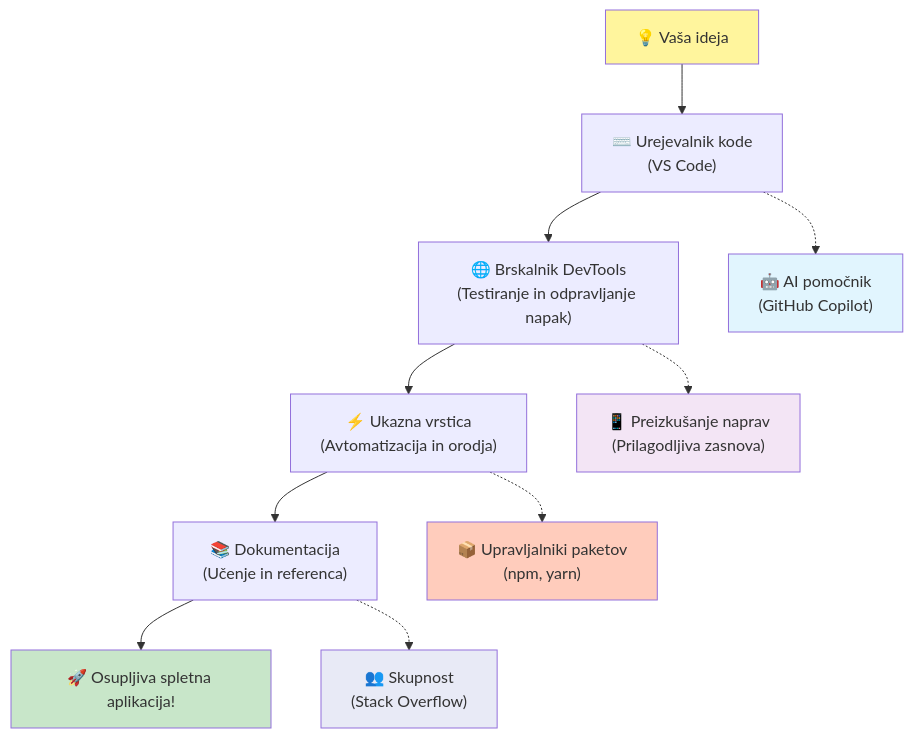
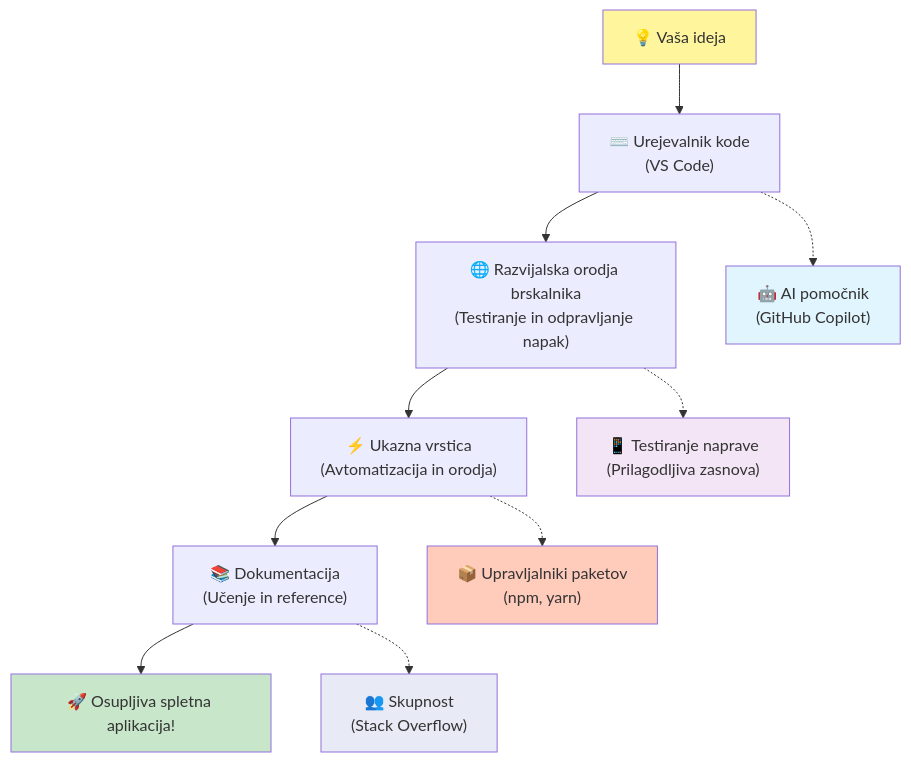
The fifth of 7 diagrams in translations/sl/1-getting-started-lessons/1-intro-to-programming-languages/README.md (microsoft/Web-Dev-For-Beginners), drawn with Mermaid before and after one commit. The commit also changed other lines of this file and 8 other files, not shown here.

````diff
--- a/translations/sl/1-getting-started-lessons/1-intro-to-programming-languages/README.md
+++ b/translations/sl/1-getting-started-lessons/1-intro-to-programming-languages/README.md
@@ -488,20 +487,20 @@
 ```mermaid
 graph TD
     A["💡 Vaša ideja"] --> B["⌨️ Urejevalnik kode<br/>(VS Code)"] 
-    B --> C["🌐 Brskalnik DevTools<br/>(Testiranje in odpravljanje napak)"]
+    B --> C["🌐 Razvijalska orodja brskalnika<br/>(Testiranje in odpravljanje napak)"]
     C --> D["⚡ Ukazna vrstica<br/>(Avtomatizacija in orodja)"]
-    D --> E["📚 Dokumentacija<br/>(Učenje in referenca)"]
+    D --> E["📚 Dokumentacija<br/>(Učenje in reference)"]
     E --> F["🚀 Osupljiva spletna aplikacija!"]
     
     B -.-> G["🤖 AI pomočnik<br/>(GitHub Copilot)"]
-    C -.-> H["📱 Preizkušanje naprav<br/>(Prilagodljiva zasnova)"]
+    C -.-> H["📱 Testiranje naprave<br/>(Prilagodljiva zasnova)"]
     D -.-> I["📦 Upravljalniki paketov<br/>(npm, yarn)"]
     E -.-> J["👥 Skupnost<br/>(Stack Overflow)"]
     
     style A fill:#fff59d
     style F fill:#c8e6c9
     style G fill:#e1f5fe
     style H fill:#f3e5f5
     style I fill:#ffccbc
     style J fill:#e8eaf6
 ```
````
